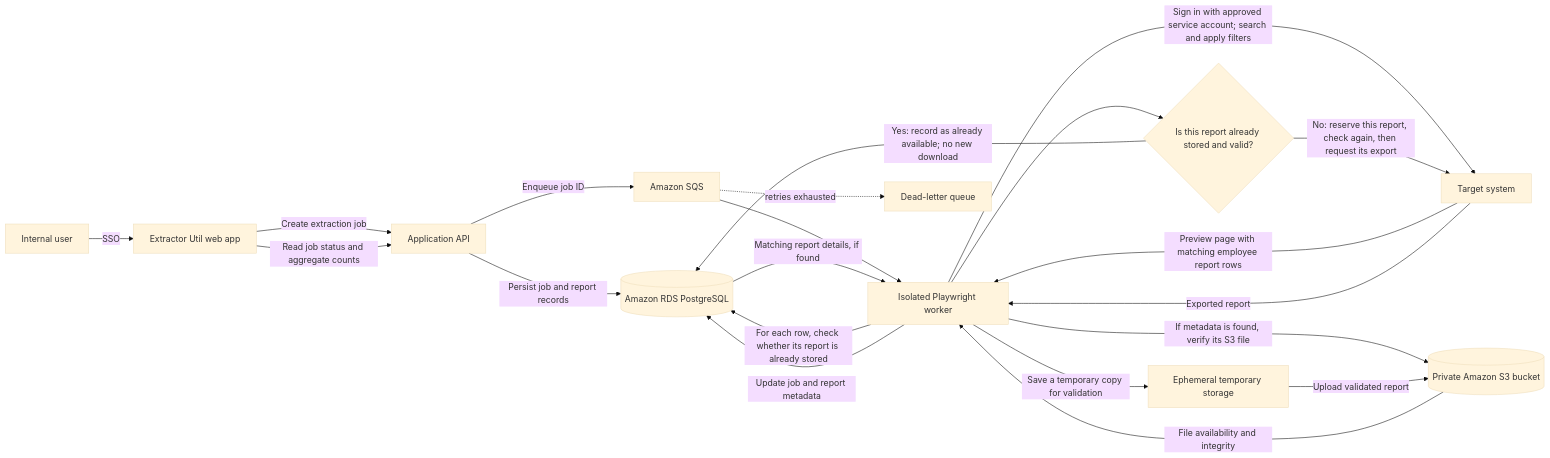
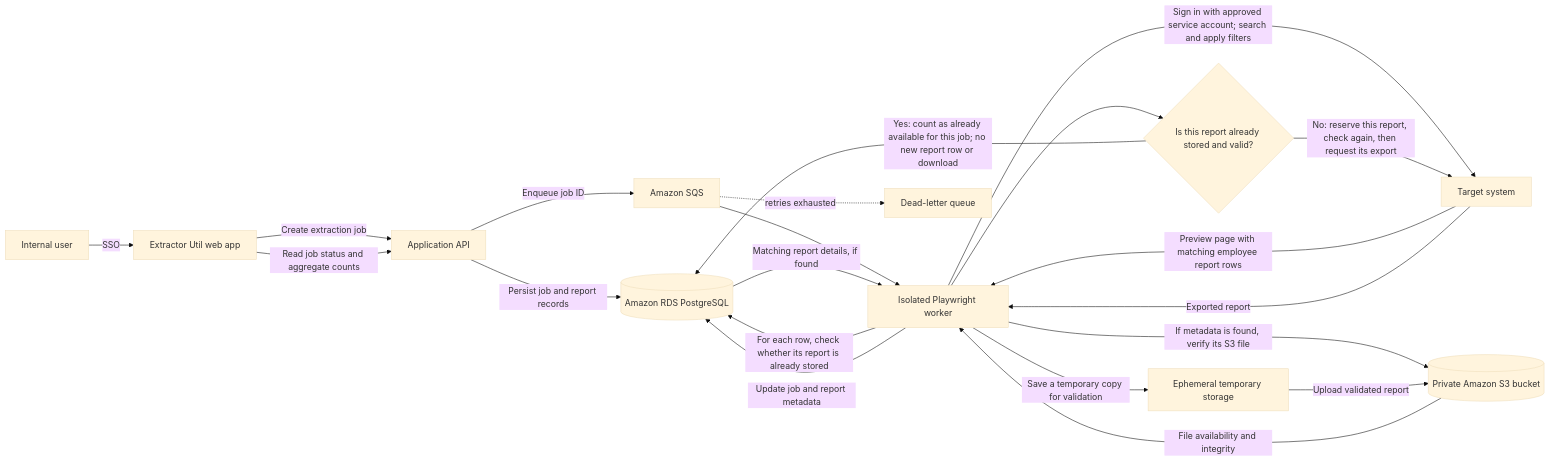
One commit to karthiks2k/extractor-util changed the first of 2 diagrams in solution-design.md. Above: the diagram before and after it, drawn with Mermaid (base theme). The commit also changed other lines of this file, not shown here.

````diff
--- a/solution-design.md
+++ b/solution-design.md
@@ -39,23 +39,23 @@
 ```mermaid
 flowchart LR
     User[Internal user] -->|SSO| UI[Extractor Util web app]
     UI -->|Create extraction job| API[Application API]
     API -->|Persist job and report records| DB[(Amazon RDS PostgreSQL)]
     API -->|Enqueue job ID| Queue[Amazon SQS]
     Queue --> Worker[Isolated Playwright worker]
     Worker -->|Sign in with approved service account; search and apply filters| Target[Target system]
     Target -->|Preview page with matching employee report rows| Worker
     Worker -->|For each row, check whether its report is already stored| DB
     DB -->|Matching report details, if found| Worker
     Worker -->|If metadata is found, verify its S3 file| S3[(Private Amazon S3 bucket)]
     S3 -->|File availability and integrity| Worker
     Worker --> StoredReport{Is this report already stored and valid?}
-    StoredReport -->|Yes: record as already available; no new download| DB
+    StoredReport -->|Yes: count as already available for this job; no new report row or download| DB
     StoredReport -->|No: reserve this report, check again, then request its export| Target
     Target -->|Exported report| Worker
     Worker -->|Save a temporary copy for validation| Temp[Ephemeral temporary storage]
     Temp -->|Upload validated report| S3
     Worker -->|Update job and report metadata| DB
     UI -->|Read job status and aggregate counts| API
     Queue -. retries exhausted .-> DLQ[Dead-letter queue]
 ```
````
